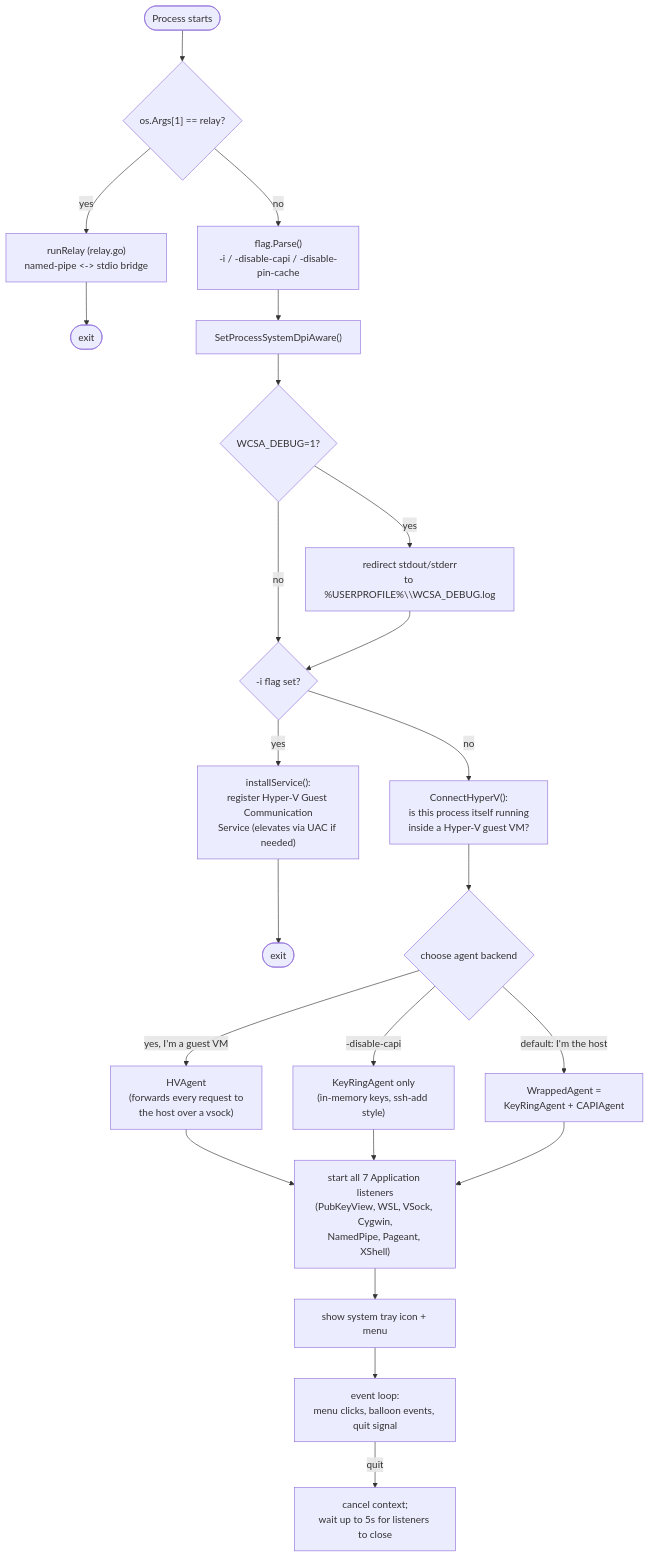
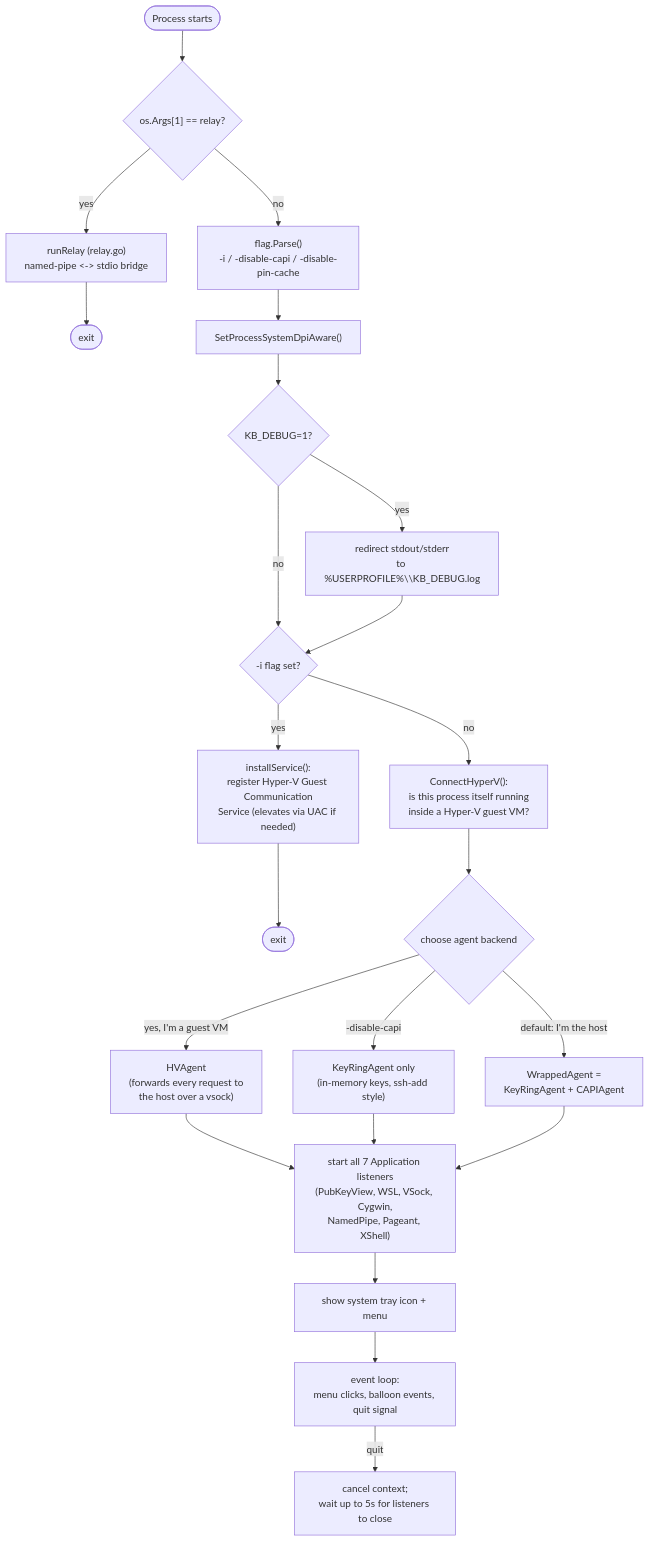
Before and after one commit to TomKodesh/keybridge: the first of 7 diagrams in docs/FLOWS.md, drawn with Mermaid. The commit also changed 5 other files, not shown here.

First line of the commit message:
Rename WCSA_* env vars/log to KB_*, refine attribution notices

````diff
--- a/docs/FLOWS.md
+++ b/docs/FLOWS.md
@@ -9,27 +9,27 @@
 ```mermaid
 flowchart TD
     Start(["Process starts"]) --> ArgCheck{"os.Args[1] == relay?"}
     ArgCheck -- yes --> Relay["runRelay (relay.go)\nnamed-pipe <-> stdio bridge"]
     Relay --> RelayEnd(["exit"])
 
     ArgCheck -- no --> ParseFlags["flag.Parse()\n-i / -disable-capi / -disable-pin-cache"]
     ParseFlags --> DPI["SetProcessSystemDpiAware()"]
-    DPI --> DebugLog{"WCSA_DEBUG=1?"}
-    DebugLog -- yes --> RedirectLog["redirect stdout/stderr\nto %USERPROFILE%\\WCSA_DEBUG.log"]
+    DPI --> DebugLog{"KB_DEBUG=1?"}
+    DebugLog -- yes --> RedirectLog["redirect stdout/stderr\nto %USERPROFILE%\\KB_DEBUG.log"]
     DebugLog -- no --> InstallCheck
     RedirectLog --> InstallCheck{"-i flag set?"}
     InstallCheck -- yes --> Elevate["installService():\nregister Hyper-V Guest Communication\nService (elevates via UAC if needed)"]
     Elevate --> InstallEnd(["exit"])
     InstallCheck -- no --> HVDetect["ConnectHyperV():\nis this process itself running\ninside a Hyper-V guest VM?"]
     HVDetect --> AgentChoice{"choose agent backend"}
     AgentChoice -- "yes, I'm a guest VM" --> HVAgentBox["HVAgent\n(forwards every request to\nthe host over a vsock)"]
     AgentChoice -- "-disable-capi" --> KeyRingOnly["KeyRingAgent only\n(in-memory keys, ssh-add style)"]
     AgentChoice -- "default: I'm the host" --> Wrapped["WrappedAgent =\nKeyRingAgent + CAPIAgent"]
     HVAgentBox --> Transports
     KeyRingOnly --> Transports
     Wrapped --> Transports
     Transports["start all 7 Application listeners\n(PubKeyView, WSL, VSock, Cygwin,\nNamedPipe, Pageant, XShell)"]
     Transports --> Tray["show system tray icon + menu"]
     Tray --> Loop["event loop:\nmenu clicks, balloon events, quit signal"]
     Loop -- quit --> Shutdown["cancel context;\nwait up to 5s for listeners to close"]
 ```
````
